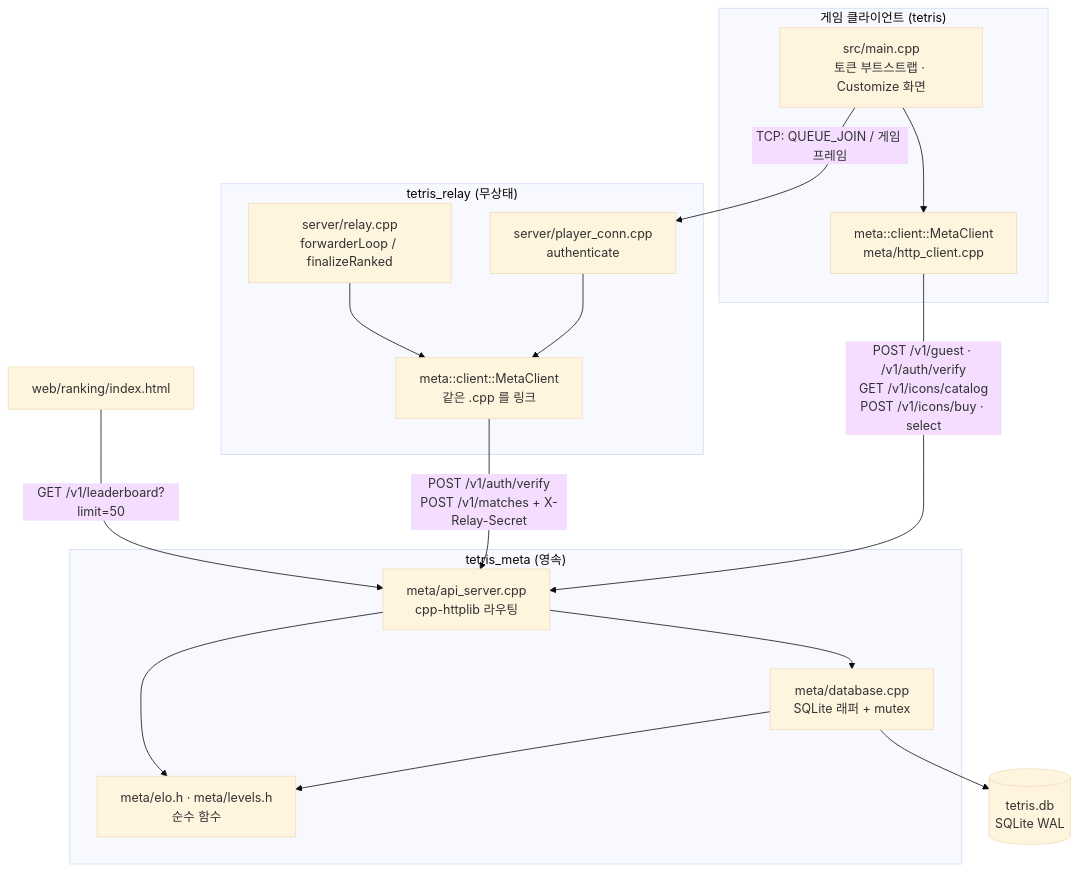
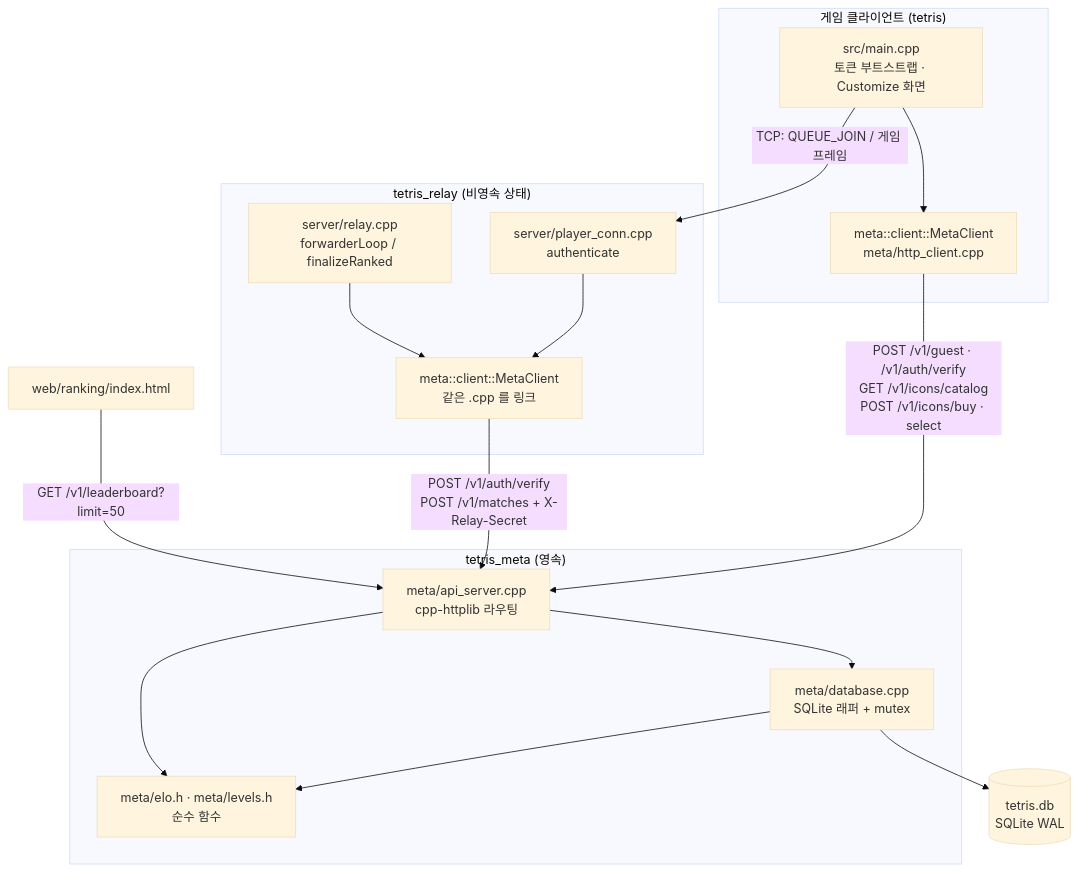
Before and after one commit to Rein-ArXiv/Tetris-Multiplayer-RL: the first of 6 diagrams in docs/blog/part10-meta-and-ranking.md, drawn with Mermaid (base theme). The commit also changed other lines of this file and 34 other files, not shown here.

````diff
--- a/docs/blog/part10-meta-and-ranking.md
+++ b/docs/blog/part10-meta-and-ranking.md
@@ -30,31 +30,31 @@
 ```mermaid
 graph TB
     subgraph Client["게임 클라이언트 (tetris)"]
         C1[src/main.cpp<br/>토큰 부트스트랩 · Customize 화면]
         C2["meta::client::MetaClient<br/>meta/http_client.cpp"]
         C1 --> C2
     end
-    subgraph Relay["tetris_relay (무상태)"]
+    subgraph Relay["tetris_relay (비영속 상태)"]
         R1[server/player_conn.cpp<br/>authenticate]
         R2[server/relay.cpp<br/>forwarderLoop / finalizeRanked]
         R3["meta::client::MetaClient<br/>같은 .cpp 를 링크"]
         R1 --> R3
         R2 --> R3
     end
     subgraph Meta["tetris_meta (영속)"]
         M1[meta/api_server.cpp<br/>cpp-httplib 라우팅]
         M2[meta/database.cpp<br/>SQLite 래퍼 + mutex]
         M3[meta/elo.h · meta/levels.h<br/>순수 함수]
         M1 --> M2
         M2 --> M3
         M1 --> M3
     end
     W[web/ranking/index.html]
     DB[(tetris.db<br/>SQLite WAL)]
 
     C2 -- "POST /v1/guest · /v1/auth/verify<br/>GET /v1/icons/catalog<br/>POST /v1/icons/buy · select" --> M1
     C1 -- "TCP: QUEUE_JOIN / 게임 프레임" --> R1
     R3 -- "POST /v1/auth/verify<br/>POST /v1/matches + X-Relay-Secret" --> M1
     W -- "GET /v1/leaderboard?limit=50" --> M1
     M2 --> DB
 ```
````
